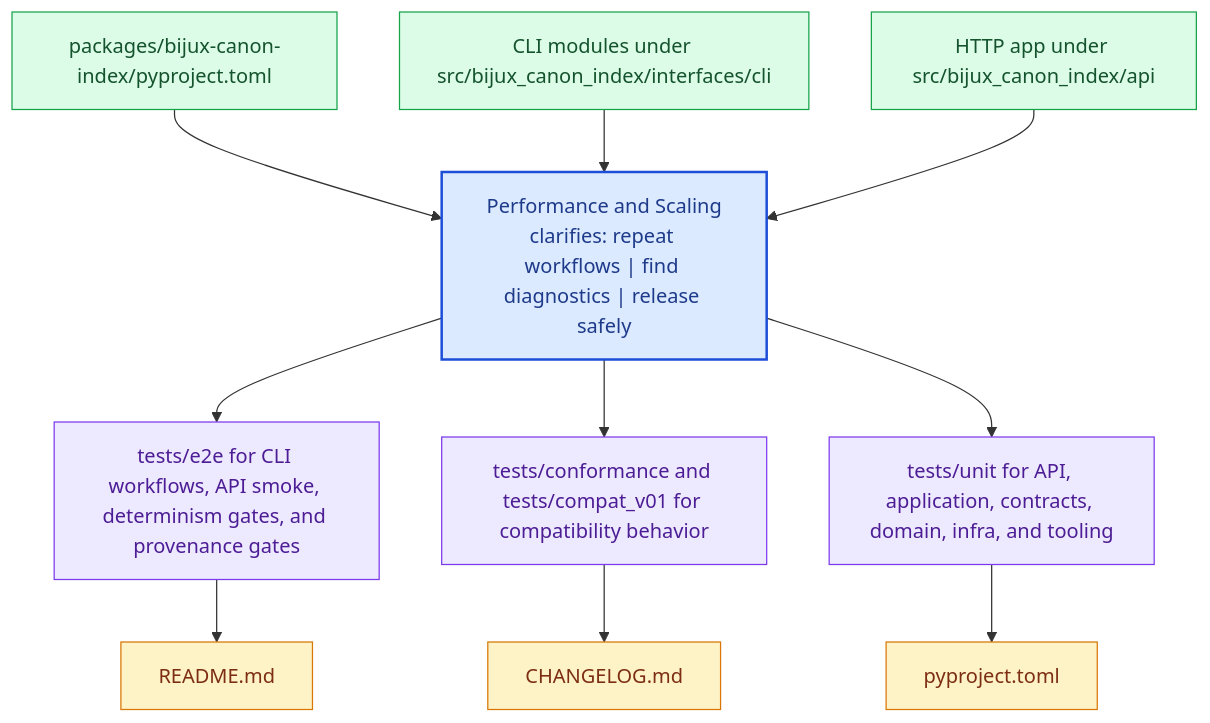
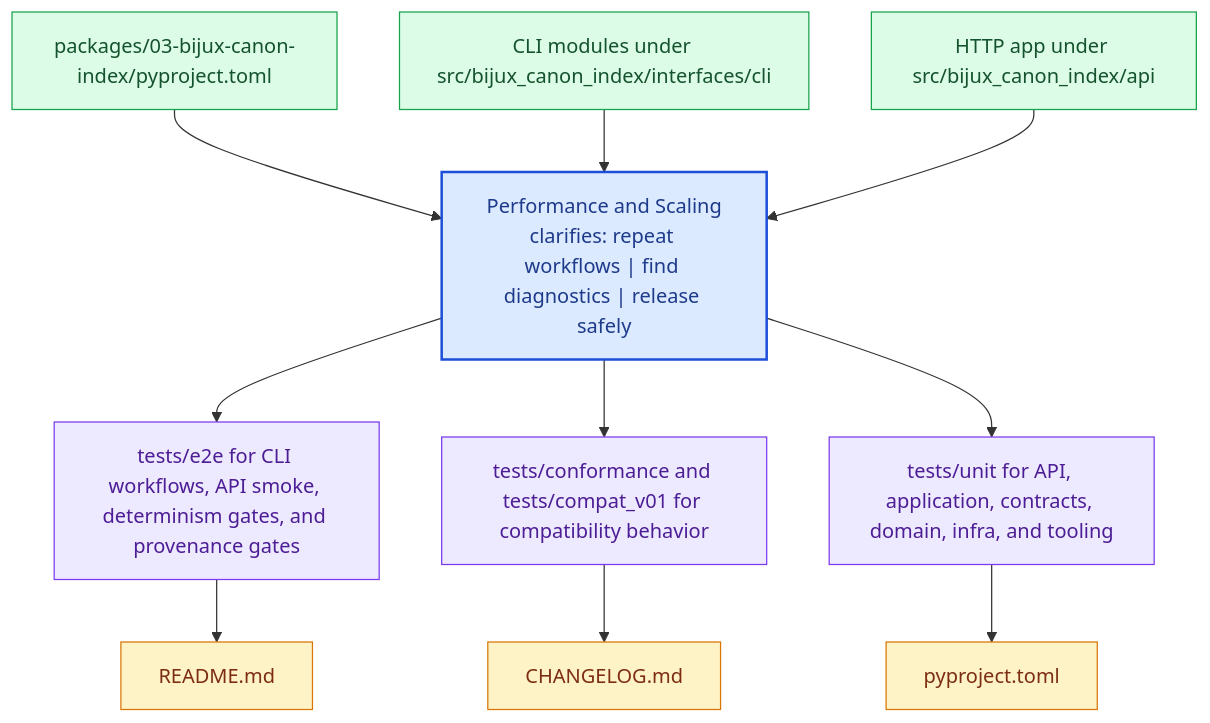
One commit to bijux/bijux-canon changed the diagram in docs/03-bijux-canon-index/operations/performance-and-scaling.md. Above: the diagram before and after it, drawn with Mermaid. The commit also changed other lines of this file and 167 other files, not shown here.

````diff
--- a/docs/03-bijux-canon-index/operations/performance-and-scaling.md
+++ b/docs/03-bijux-canon-index/operations/performance-and-scaling.md
@@ -22,31 +22,31 @@
 ```mermaid
 flowchart TB
     page["Performance and Scaling<br/>clarifies: repeat workflows | find diagnostics | release safely"]
     classDef page fill:#dbeafe,stroke:#1d4ed8,color:#1e3a8a,stroke-width:2px;
     classDef positive fill:#dcfce7,stroke:#16a34a,color:#14532d;
     classDef caution fill:#fee2e2,stroke:#dc2626,color:#7f1d1d;
     classDef anchor fill:#ede9fe,stroke:#7c3aed,color:#4c1d95;
     classDef action fill:#fef3c7,stroke:#d97706,color:#7c2d12;
-    step1["packages/bijux-canon-index/pyproject.toml"]
+    step1["packages/03-bijux-canon-index/pyproject.toml"]
     step1 --> page
     step2["CLI modules under src/bijux_canon_index/interfaces/cli"]
     step2 --> page
     step3["HTTP app under src/bijux_canon_index/api"]
     step3 --> page
     run1["tests/e2e for CLI workflows, API smoke, determinism gates, and provenance gates"]
     page --> run1
     run2["tests/conformance and tests/compat_v01 for compatibility behavior"]
     page --> run2
     run3["tests/unit for API, application, contracts, domain, infra, and tooling"]
     page --> run3
     release1["README.md"]
     run1 --> release1
     release2["CHANGELOG.md"]
     run2 --> release2
     release3["pyproject.toml"]
     run3 --> release3
     class page page;
     class step1,step2,step3 positive;
     class run1,run2,run3 anchor;
     class release1,release2,release3 action;
 ```
````
